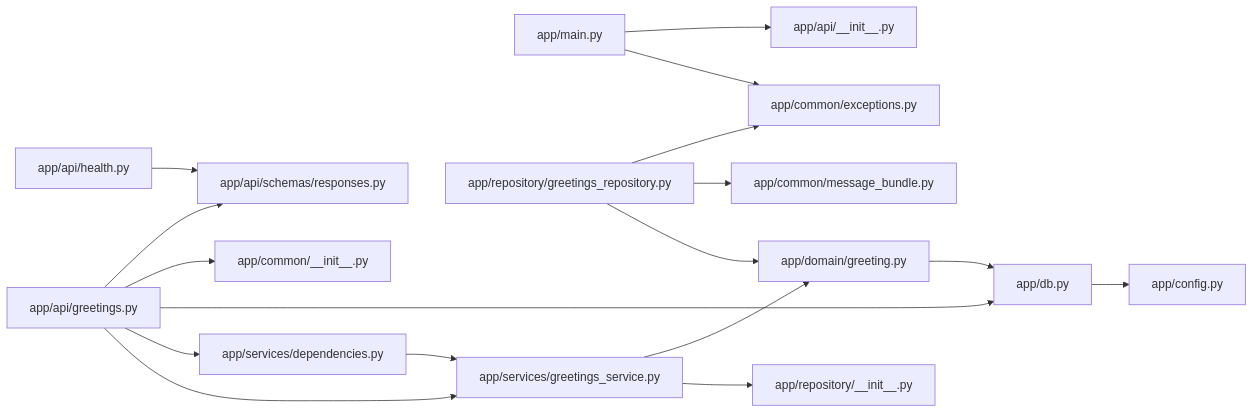
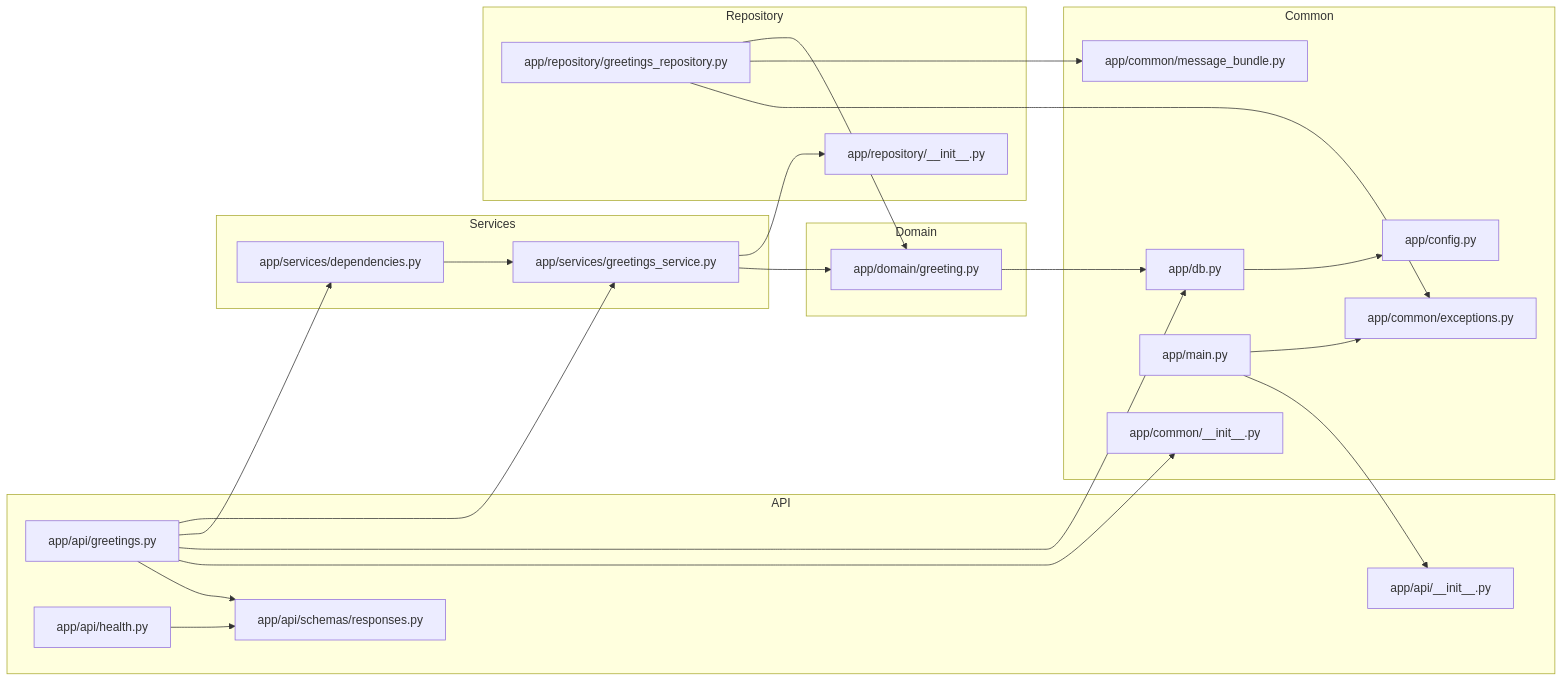
Before and after one commit to pleszr/allocio: the first of 2 diagrams in docs/code-map.md, drawn with Mermaid. The commit also changed other lines of this file and 3 other files, not shown here.

First line of the commit message:
Group overview module graph into per-layer subgraphs

````diff
--- a/docs/code-map.md
+++ b/docs/code-map.md
@@ -9,34 +9,44 @@
 ```mermaid
 graph LR
-  n_backend_app_api___init___py["app/api/__init__.py"]
-  n_backend_app_api_greetings_py["app/api/greetings.py"]
-  n_backend_app_api_health_py["app/api/health.py"]
-  n_backend_app_api_schemas_responses_py["app/api/schemas/responses.py"]
-  n_backend_app_common___init___py["app/common/__init__.py"]
-  n_backend_app_common_exceptions_py["app/common/exceptions.py"]
-  n_backend_app_common_message_bundle_py["app/common/message_bundle.py"]
-  n_backend_app_config_py["app/config.py"]
-  n_backend_app_db_py["app/db.py"]
-  n_backend_app_domain_greeting_py["app/domain/greeting.py"]
-  n_backend_app_main_py["app/main.py"]
-  n_backend_app_repository___init___py["app/repository/__init__.py"]
-  n_backend_app_repository_greetings_repository_py["app/repository/greetings_repository.py"]
-  n_backend_app_services_dependencies_py["app/services/dependencies.py"]
-  n_backend_app_services_greetings_service_py["app/services/greetings_service.py"]
+  subgraph API
+    n_backend_app_api___init___py["app/api/__init__.py"]
+    n_backend_app_api_greetings_py["app/api/greetings.py"]
+    n_backend_app_api_health_py["app/api/health.py"]
+    n_backend_app_api_schemas_responses_py["app/api/schemas/responses.py"]
+  end
+  subgraph Services
+    n_backend_app_services_dependencies_py["app/services/dependencies.py"]
+    n_backend_app_services_greetings_service_py["app/services/greetings_service.py"]
+  end
+  subgraph Repository
+    n_backend_app_repository___init___py["app/repository/__init__.py"]
+    n_backend_app_repository_greetings_repository_py["app/repository/greetings_repository.py"]
+  end
+  subgraph Domain
+    n_backend_app_domain_greeting_py["app/domain/greeting.py"]
+  end
+  subgraph Common
+    n_backend_app_common___init___py["app/common/__init__.py"]
+    n_backend_app_common_exceptions_py["app/common/exceptions.py"]
+    n_backend_app_common_message_bundle_py["app/common/message_bundle.py"]
+    n_backend_app_config_py["app/config.py"]
+    n_backend_app_db_py["app/db.py"]
+    n_backend_app_main_py["app/main.py"]
+  end
   n_backend_app_api_greetings_py --> n_backend_app_api_schemas_responses_py
   n_backend_app_api_greetings_py --> n_backend_app_common___init___py
   n_backend_app_api_greetings_py --> n_backend_app_db_py
   n_backend_app_api_greetings_py --> n_backend_app_services_dependencies_py
   n_backend_app_api_greetings_py --> n_backend_app_services_greetings_service_py
   n_backend_app_api_health_py --> n_backend_app_api_schemas_responses_py
   n_backend_app_db_py --> n_backend_app_config_py
   n_backend_app_domain_greeting_py --> n_backend_app_db_py
   n_backend_app_main_py --> n_backend_app_api___init___py
   n_backend_app_main_py --> n_backend_app_common_exceptions_py
   n_backend_app_repository_greetings_repository_py --> n_backend_app_common_exceptions_py
   n_backend_app_repository_greetings_repository_py --> n_backend_app_common_message_bundle_py
   n_backend_app_repository_greetings_repository_py --> n_backend_app_domain_greeting_py
   n_backend_app_services_dependencies_py --> n_backend_app_services_greetings_service_py
   n_backend_app_services_greetings_service_py --> n_backend_app_domain_greeting_py
   n_backend_app_services_greetings_service_py --> n_backend_app_repository___init___py
 ```
````
